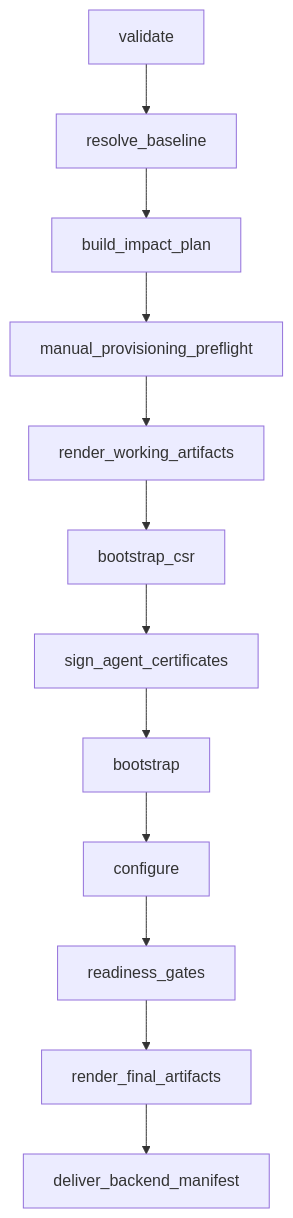
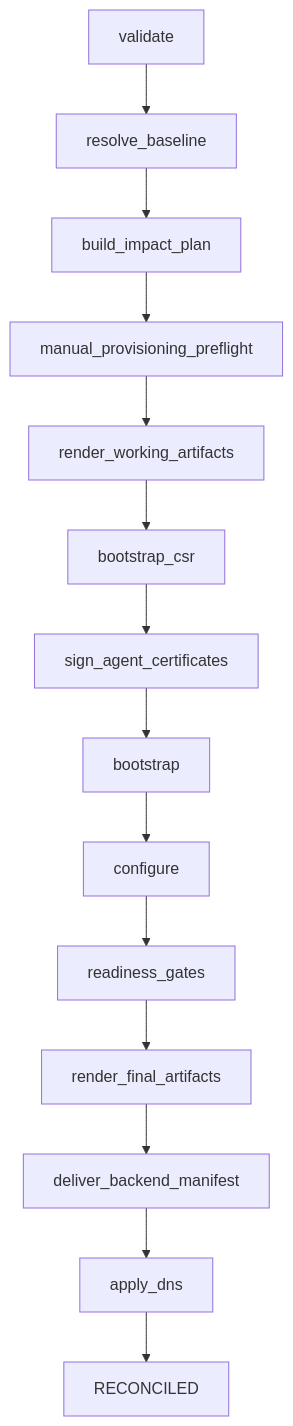
One commit to SpiritTechDevelopment/Infrastructure changed the fifth of 5 diagrams in docs/ARCHITECTURE.md. Above: the diagram before and after it, drawn with Mermaid. The commit also changed other lines of this file and 24 other files, not shown here.

````diff
--- a/docs/ARCHITECTURE.md
+++ b/docs/ARCHITECTURE.md
@@ -298,14 +313,16 @@
 ```mermaid
 flowchart TD
     v["validate"] --> b["resolve_baseline"]
     b --> ip["build_impact_plan"]
     ip --> pp["manual_provisioning_preflight"]
     pp --> rw["render_working_artifacts"]
     rw --> csr["bootstrap_csr"]
     csr --> sign["sign_agent_certificates"]
     sign --> boot["bootstrap"]
     boot --> conf["configure"]
     conf --> rg["readiness_gates"]
     rg --> rf["render_final_artifacts"]
     rf --> man["deliver_backend_manifest"]
+    man --> dns["apply_dns"]
+    dns --> done["RECONCILED"]
 ```
````
